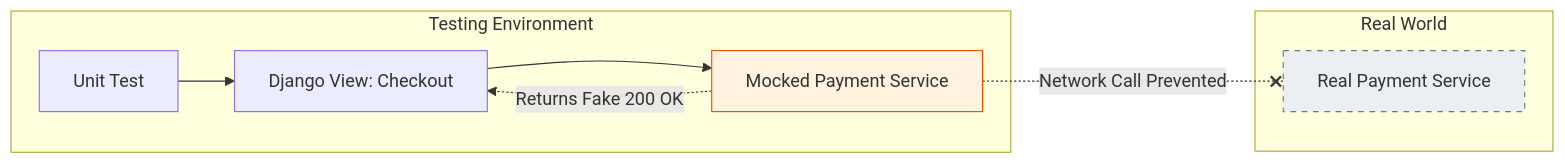
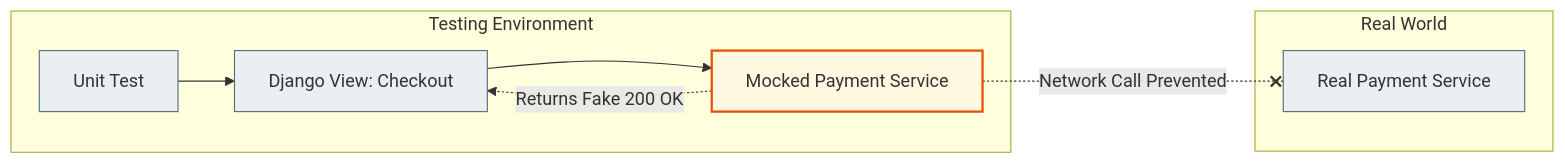
The fifth of 8 diagrams in docs/08_testing_and_quality/django_testing_full.md (NikoriakViktot/notes_chat_app), drawn with Mermaid before and after one commit. The commit also changed other lines of this file and 441 other files, not shown here.

First line of the commit message:
Add English version of the book, Mermaid standard, docs fixes

````diff
--- a/docs/08_testing_and_quality/django_testing_full.md
+++ b/docs/08_testing_and_quality/django_testing_full.md
@@ -572,17 +594,19 @@
 ```mermaid
 graph LR
     subgraph "Testing Environment"
         A["Unit Test"] --> B["Django View: Checkout"]
         B --> C["Mocked Payment Service"]
         C -.->|"Returns Fake 200 OK"| B
     end
 
     subgraph "Real World"
         D["Real Payment Service"]
     end
 
     C -.-x|"Network Call Prevented"| D
 
-    style C fill:#fff3e0,stroke:#e65100
-    style D fill:#eceff1,stroke:#607d8b,stroke-dasharray: 5 5
+    classDef step     fill:#eceff1,stroke:#546e7a,stroke-width:1px;
+    classDef warning  fill:#fff8e1,stroke:#e65100,stroke-width:2px;
+    class A,B,D step;
+    class C warning;
 ```
````
